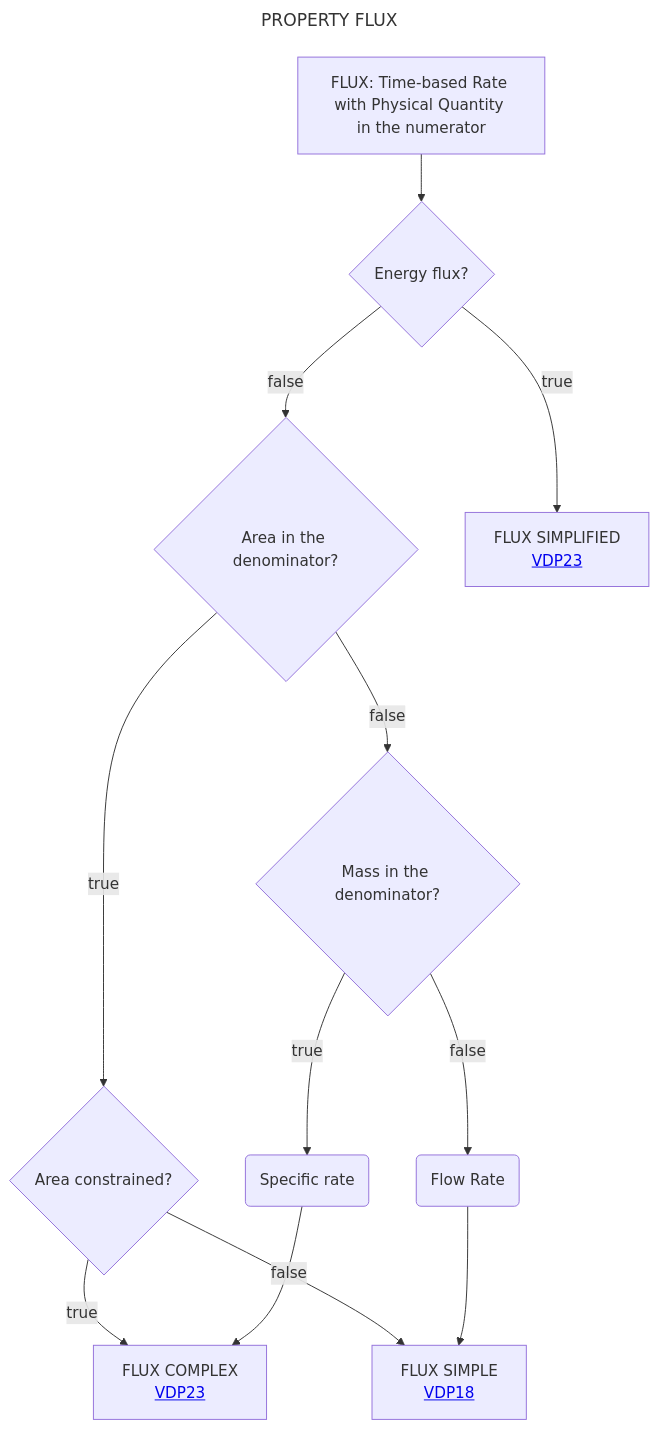
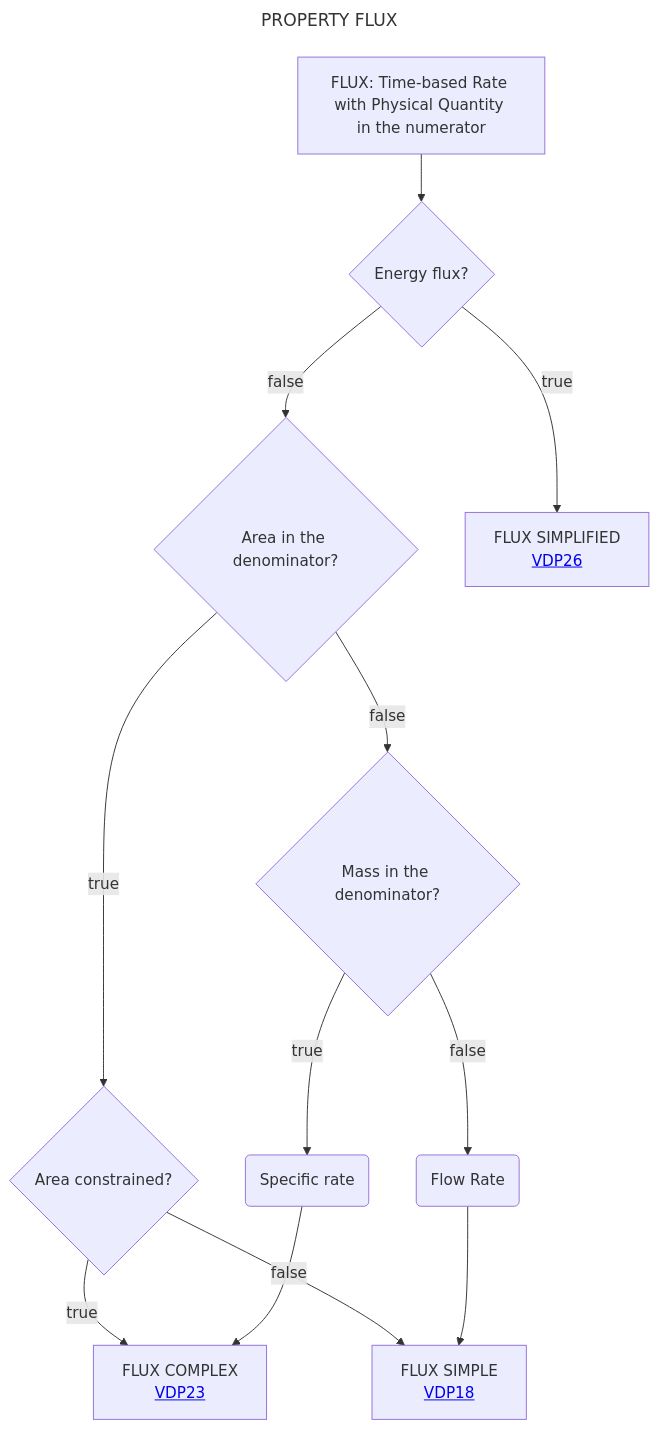
The diagram in Decisition_trees/DT3.mmd (mabablue/I-ADOPT-patterns-playground), drawn with Mermaid before and after one commit.

```diff
--- a/Decisition_trees/DT3.mmd
+++ b/Decisition_trees/DT3.mmd
@@ -1,15 +1,15 @@
 ---
 title: PROPERTY FLUX
 ---
 flowchart TD
     A[FLUX: Time-based Rate with Physical Quantity in the numerator] --> B{Energy flux?}
     B --> |false|E{Area in the denominator?}
-    B --> |true|C[FLUX SIMPLIFIED <br> <a href='https://github.com/mabablue/I-ADOPT-patterns-playground/blob/main/pattern/VDP23.yaml'>VDP23</a>]
+    B --> |true|C[FLUX SIMPLIFIED <br> <a href='https://github.com/mabablue/I-ADOPT-patterns-playground/blob/main/pattern/VDP26.yaml'>VDP26</a>]
     E --> |true|F{Area constrained?}
     E --> |false|K{Mass in the denominator?} 
     F --> |true|G[FLUX COMPLEX <br> <a href='https://github.com/mabablue/I-ADOPT-patterns-playground/blob/main/pattern/VDP23.yaml'>VDP23</a>]
     F --> |false|H[FLUX SIMPLE <br> <a href='https://github.com/mabablue/I-ADOPT-patterns-playground/blob/main/pattern/VDP18.yaml'>VDP18</a>]
     K --> |true|L(Specific rate)
     L --> G
     K --> |false|M(Flow Rate)
     M --> H
```
